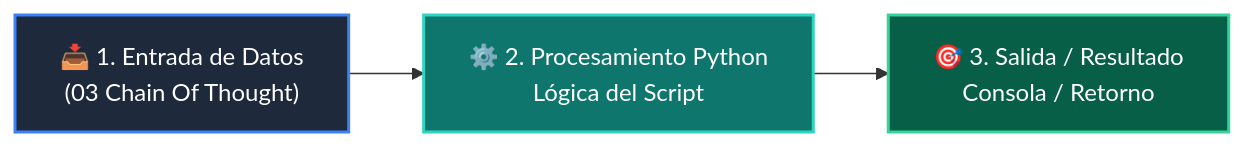
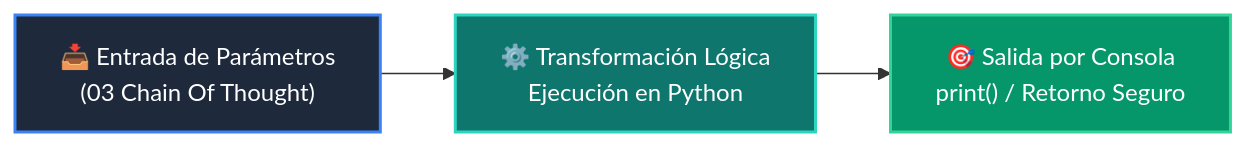
Before and after one commit to wisrovi/wisrovi-python: the diagram in 03-agentes-ia/clase-02-prompt-engineering-avanzado/ejemplos/ejemplo_03_chain_of_thought/README.md, drawn with Mermaid. The commit also changed other lines of this file and 226 other files, not shown here.

Commit message:
docs: elevate all repository READMEs to world-class mastery standard with rich pedagogical architecture, custom Mermaids, and professional styling

````diff
--- a/03-agentes-ia/clase-02-prompt-engineering-avanzado/ejemplos/ejemplo_03_chain_of_thought/README.md
+++ b/03-agentes-ia/clase-02-prompt-engineering-avanzado/ejemplos/ejemplo_03_chain_of_thought/README.md
@@ -12,9 +19,9 @@
 ```mermaid
 flowchart LR
-    A["📥 1. Entrada de Datos<br/>(03 Chain Of Thought)"] --> B["⚙️ 2. Procesamiento Python<br/>Lógica del Script"]
-    B --> C["🎯 3. Salida / Resultado<br/>Consola / Retorno"]
+    A["📥 Entrada de Parámetros<br/>(03 Chain Of Thought)"] --> B["⚙️ Transformación Lógica<br/>Ejecución en Python"]
+    B --> C["🎯 Salida por Consola<br/>print() / Retorno Seguro"]
 
-    style A fill:#1e293b,color:#fff,stroke:#3b82f6,stroke-width:2px
-    style B fill:#0f766e,color:#fff,stroke:#2dd4bf,stroke-width:2px
-    style C fill:#065f46,color:#fff,stroke:#34d399,stroke-width:2px
+    style A fill:#1e293b,color:#ffffff,stroke:#3b82f6,stroke-width:2px
+    style B fill:#0f766e,color:#ffffff,stroke:#2dd4bf,stroke-width:2px
+    style C fill:#059669,color:#ffffff,stroke:#34d399,stroke-width:2px
 ```
````
